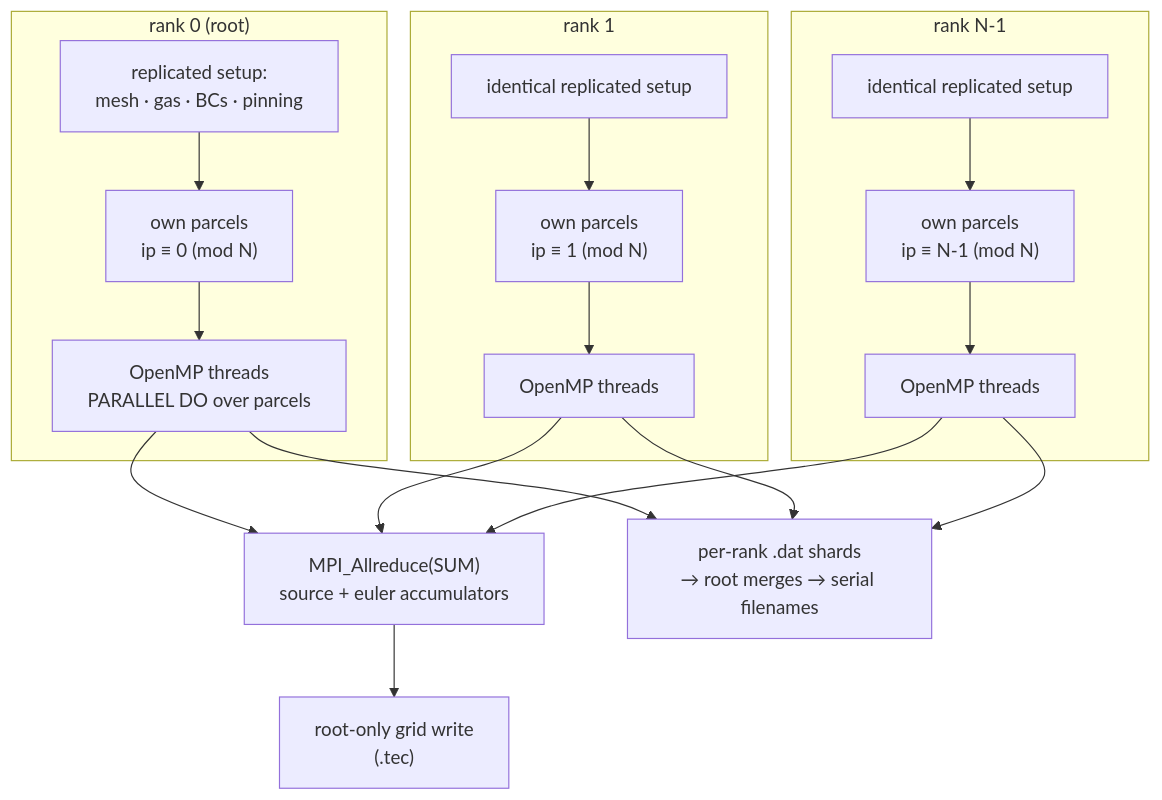
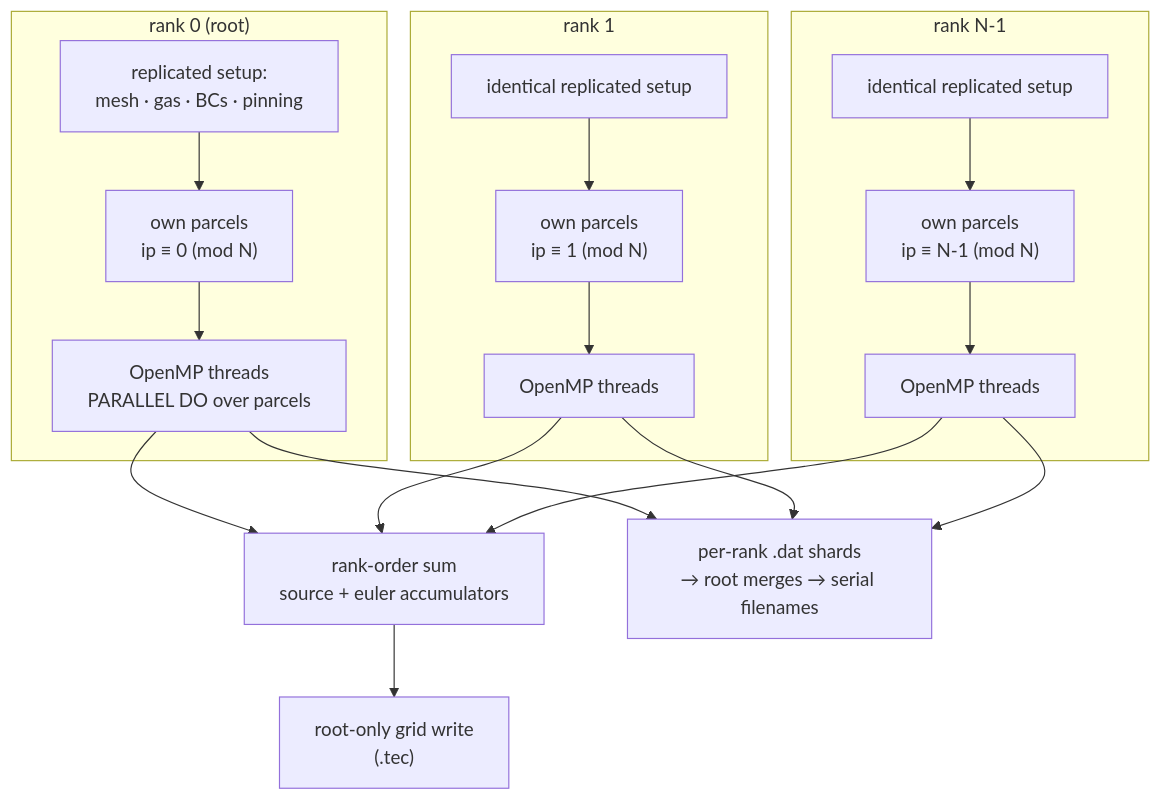
Before and after one commit to open-hydra/IGLOO: the diagram in docs/development/parallelization.md, drawn with Mermaid. The commit also changed other lines of this file and 7 other files, not shown here.

````diff
--- a/docs/development/parallelization.md
+++ b/docs/development/parallelization.md
@@ -11,22 +11,22 @@
 ```mermaid
 flowchart TB
     subgraph R0["rank 0 (root)"]
         S0["replicated setup:<br/>mesh · gas · BCs · pinning"] --> P0["own parcels<br/>ip ≡ 0 (mod N)"]
         P0 --> T0["OpenMP threads<br/>PARALLEL DO over parcels"]
     end
     subgraph R1["rank 1"]
         S1["identical replicated setup"] --> P1["own parcels<br/>ip ≡ 1 (mod N)"]
         P1 --> T1["OpenMP threads"]
     end
     subgraph RN["rank N-1"]
         SN["identical replicated setup"] --> PN["own parcels<br/>ip ≡ N-1 (mod N)"]
         PN --> TN["OpenMP threads"]
     end
-    T0 --> A["MPI_Allreduce(SUM)<br/>source + euler accumulators"]
+    T0 --> A["rank-order sum<br/>source + euler accumulators"]
     T1 --> A
     TN --> A
     A --> W["root-only grid write<br/>(.tec)"]
     T0 --> M["per-rank .dat shards<br/>→ root merges → serial filenames"]
     T1 --> M
     TN --> M
 ```
````
